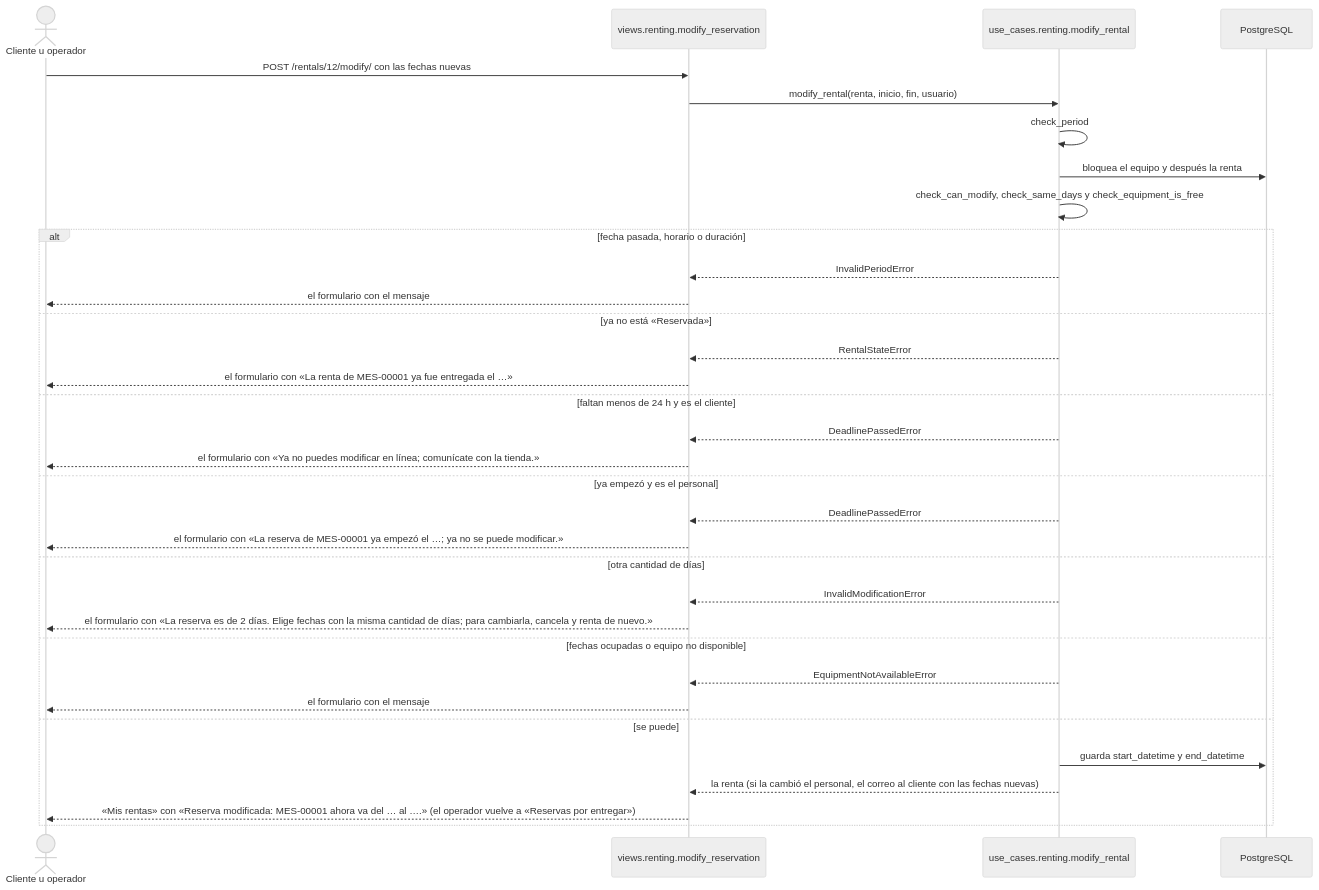
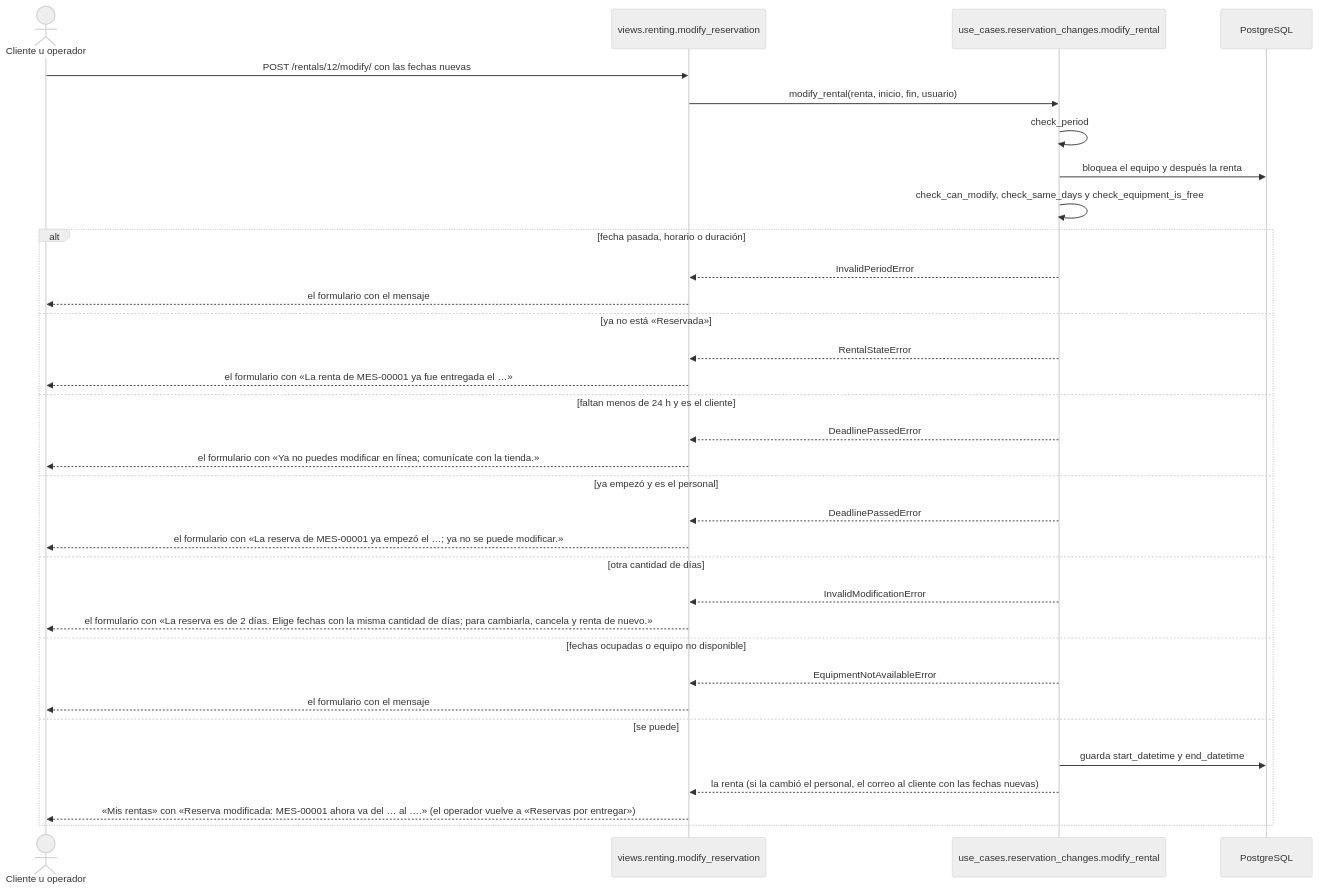
Before and after one commit to peterteranb/astra-rent-system: diagram 12 of 38 in docs/casos-de-uso.md, drawn with Mermaid (neutral theme). The commit also changed other lines of this file and 30 other files, not shown here.

````diff
--- a/docs/casos-de-uso.md
+++ b/docs/casos-de-uso.md
@@ -479,35 +479,35 @@
 ```mermaid
 sequenceDiagram
     actor C as Cliente u operador
     participant V as views.renting.modify_reservation
-    participant U as use_cases.renting.modify_rental
+    participant U as use_cases.reservation_changes.modify_rental
     participant BD as PostgreSQL
     C->>V: POST /rentals/12/modify/ con las fechas nuevas
     V->>U: modify_rental(renta, inicio, fin, usuario)
     U->>U: check_period
     U->>BD: bloquea el equipo y después la renta
     U->>U: check_can_modify, check_same_days y check_equipment_is_free
     alt fecha pasada, horario o duración
         U-->>V: InvalidPeriodError
         V-->>C: el formulario con el mensaje
     else ya no está «Reservada»
         U-->>V: RentalStateError
         V-->>C: el formulario con «La renta de MES-00001 ya fue entregada el …»
     else faltan menos de 24 h y es el cliente
         U-->>V: DeadlinePassedError
         V-->>C: el formulario con «Ya no puedes modificar en línea#59; comunícate con la tienda.»
     else ya empezó y es el personal
         U-->>V: DeadlinePassedError
         V-->>C: el formulario con «La reserva de MES-00001 ya empezó el …#59; ya no se puede modificar.»
     else otra cantidad de días
         U-->>V: InvalidModificationError
         V-->>C: el formulario con «La reserva es de 2 días. Elige fechas con la misma cantidad de días#59; para cambiarla, cancela y renta de nuevo.»
     else fechas ocupadas o equipo no disponible
         U-->>V: EquipmentNotAvailableError
         V-->>C: el formulario con el mensaje
     else se puede
         U->>BD: guarda start_datetime y end_datetime
         U-->>V: la renta (si la cambió el personal, el correo al cliente con las fechas nuevas)
         V-->>C: «Mis rentas» con «Reserva modificada: MES-00001 ahora va del … al ….» (el operador vuelve a «Reservas por entregar»)
     end
 ```
````
